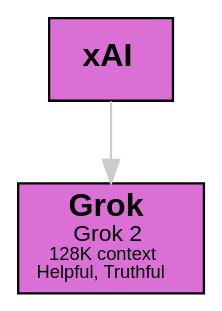
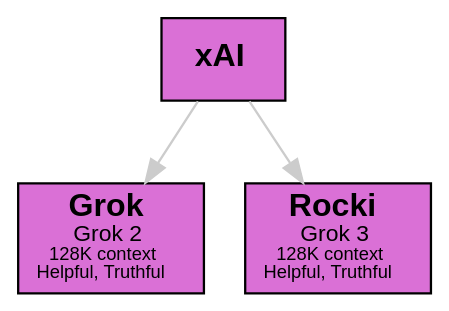
One commit to sswam/allemande changed the sixth of 12 diagrams in doc/guide.md. Above: the diagram before and after it, drawn with Graphviz. The commit also changed other lines of this file and 1 other file, not shown here.

````diff
--- a/doc/guide.md
+++ b/doc/guide.md
@@ -137,12 +137,14 @@
 ```dot
 digraph xAI {
     graph [bgcolor=transparent]
     edge [color="#CCCCCC"]
     node [shape=box, style=filled, fillcolor="#DA70D6", fontname="Helvetica"]
 
     "xAI" [label=<<b>xAI</b>>]
     "Grok" [label=<<b>Grok</b><br/><font point-size="10">Grok 2</font><br/><font point-size="8">128K context</font><br/><font point-size="8">Helpful, Truthful</font>>]
+    "Rocki" [label=<<b>Rocki</b><br/><font point-size="10">Grok 3</font><br/><font point-size="8">128K context</font><br/><font point-size="8">Helpful, Truthful</font>>]
 
     "xAI" -> "Grok"
+    "xAI" -> "Rocki"
 }
 ```
````
